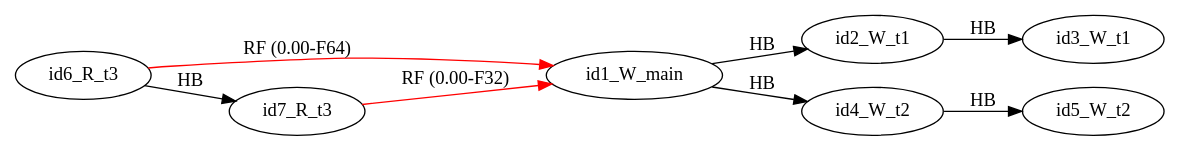
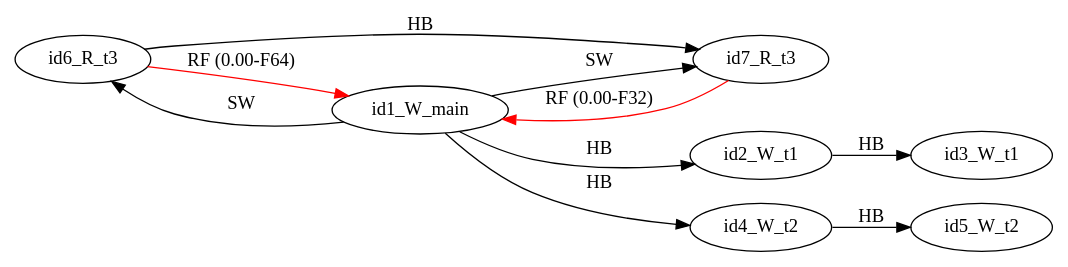
Before and after one commit to FMJS/EMME: the diagram in examples/single_var/sv_simple12/mm1.dot, drawn with Graphviz. The commit also changed 56 other files, not shown here.

```diff
--- a/examples/single_var/sv_simple12/mm1.dot
+++ b/examples/single_var/sv_simple12/mm1.dot
@@ -1,18 +1,20 @@
 digraph memory_model {
 rankdir=LR;
 splines=true; esep=0.5;
 id6_R_t3 -> id1_W_main [label = "RF (0.00-F64)", color="red"];
 id7_R_t3 -> id1_W_main [label = "RF (0.00-F32)", color="red"];
 id2_W_t1 -> id3_W_t1 [label = "HB", color="black"];
 id4_W_t2 -> id5_W_t2 [label = "HB", color="black"];
 id6_R_t3 -> id7_R_t3 [label = "HB", color="black"];
 id1_W_main -> id2_W_t1 [label = "HB", color="black"];
 id1_W_main -> id4_W_t2 [label = "HB", color="black"];
+id1_W_main -> id6_R_t3 [label = "SW", color="black"];
+id1_W_main -> id7_R_t3 [label = "SW", color="black"];
 id1_W_main [pos="5.0,4!"]
 id2_W_t1 [pos="0,2!"]
 id3_W_t1 [pos="0,0!"]
 id4_W_t2 [pos="5,2!"]
 id5_W_t2 [pos="5,0!"]
 id6_R_t3 [pos="10,2!"]
 id7_R_t3 [pos="10,0!"]
 }
```
